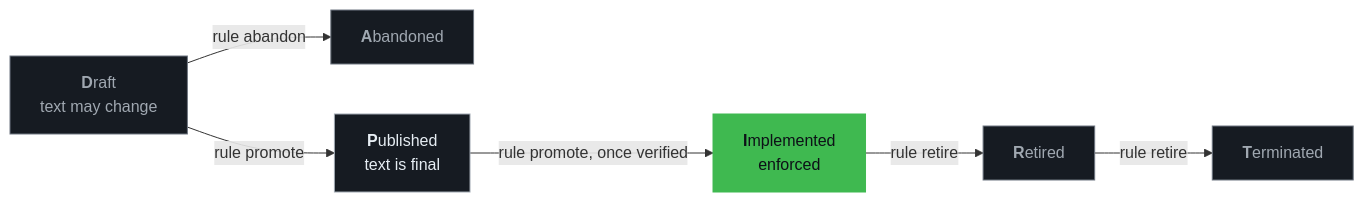
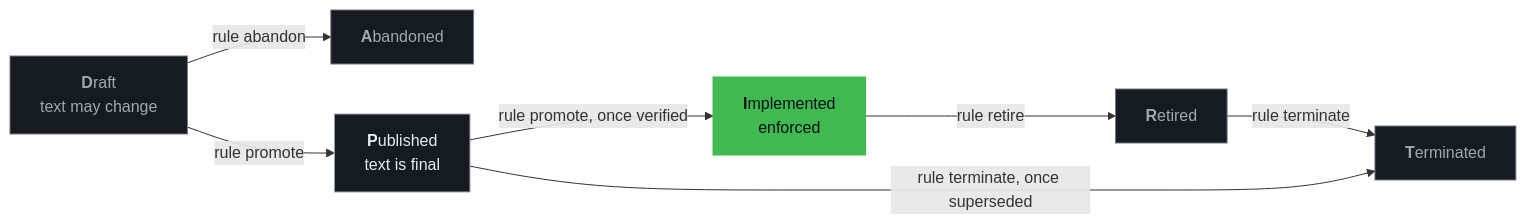
One commit to SteerSpec/strspc-CLI changed the diagram in docs/author-rules.md. Above: the diagram before and after it, drawn with Mermaid. The commit also changed other lines of this file and 11 other files, not shown here.

Commit message:
feat(rule): add rule terminate for superseded Published rules (RULST-012) (#324)

````diff
--- a/docs/author-rules.md
+++ b/docs/author-rules.md
@@ -7,22 +7,23 @@
 ```mermaid
 flowchart LR
     D["<b>D</b>raft<br/>text may change"]
     A["<b>A</b>bandoned"]
     P["<b>P</b>ublished<br/>text is final"]
     I["<b>I</b>mplemented<br/>enforced"]
     R["<b>R</b>etired"]
     T["<b>T</b>erminated"]
 
     D -->|rule promote| P
     P -->|rule promote, once verified| I
     I -->|rule retire| R
-    R -->|rule retire| T
+    R -->|rule terminate| T
+    P -->|rule terminate, once superseded| T
     D -->|rule abandon| A
 
     classDef draft fill:#161B22,stroke:#6E7681,color:#A0A8B1
     classDef published fill:#161B22,stroke:#A0A8B1,color:#E6EDF3
     classDef implemented fill:#3FB950,stroke:#3FB950,color:#0D1117
     class D,A,R,T draft
     class P published
     class I implemented
 ```
````
